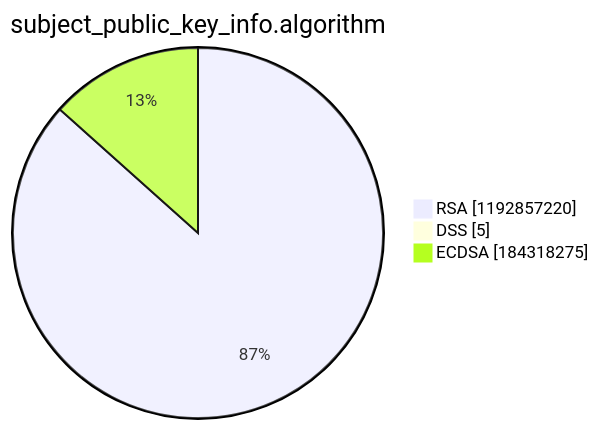
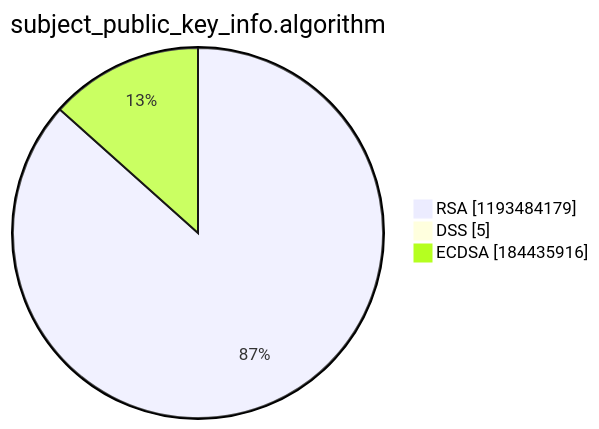
The third of 15 diagrams in argon2022/README.md (christiankrug/ctmonitor_visualization), drawn with Mermaid before and after one commit. The commit also changed other lines of this file, not shown here.

````diff
--- a/argon2022/README.md
+++ b/argon2022/README.md
@@ -14,7 +14,7 @@
 ```mermaid
 pie showData
 title subject_public_key_info.algorithm
-"RSA" :1192857220
+"RSA" :1193484179
 "DSS" :5
-"ECDSA" :184318275
+"ECDSA" :184435916
 ```
````
